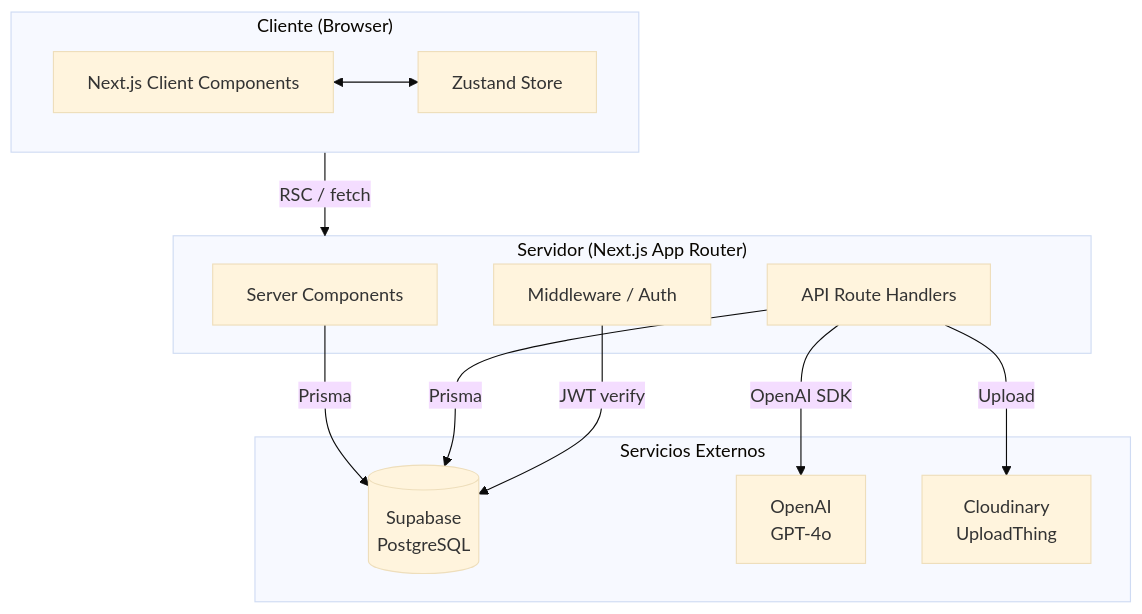
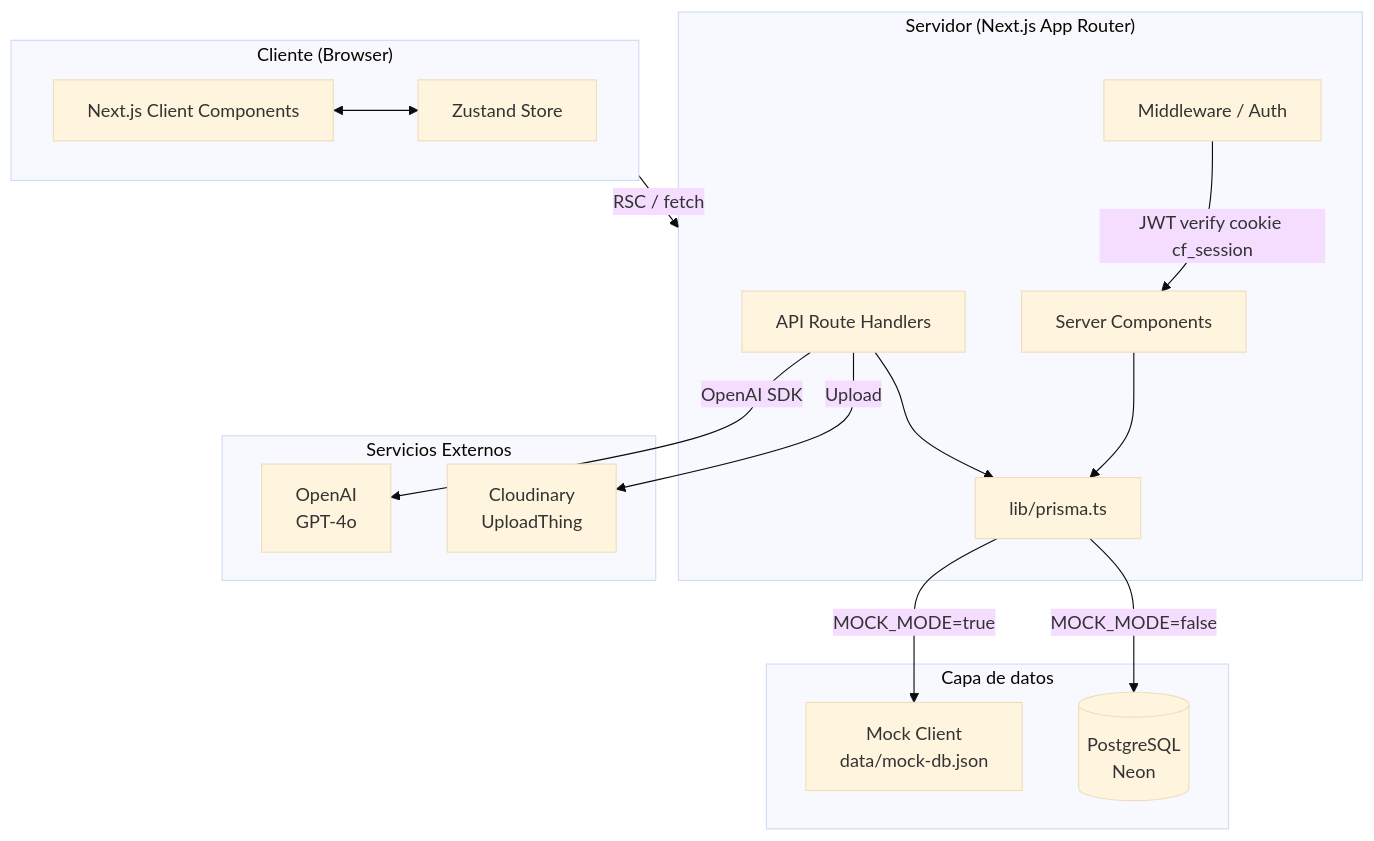
The first of 5 diagrams in .docs/02_tecnico.md (Xenov2030/campaign-forge), drawn with Mermaid (base theme) before and after one commit. The commit also changed other lines of this file, not shown here.

First line of the commit message:
docs(tecnico): corregir stack, auth y agregar mock layer al doc técnico

````diff
--- a/.docs/02_tecnico.md
+++ b/.docs/02_tecnico.md
@@ -32,27 +35,34 @@
 ```mermaid
 flowchart TD
     subgraph Client["Cliente (Browser)"]
         NC[Next.js Client Components]
         ZS[Zustand Store]
         NC <--> ZS
     end
 
     subgraph Server["Servidor (Next.js App Router)"]
         SC[Server Components]
         AR[API Route Handlers]
         MW[Middleware / Auth]
+        PTS[lib/prisma.ts]
+    end
+
+    subgraph DataLayer["Capa de datos"]
+        MOCK[Mock Client\ndata/mock-db.json]
+        REAL[(PostgreSQL\nNeon)]
     end
 
     subgraph External["Servicios Externos"]
-        SB[(Supabase\nPostgreSQL)]
         OAI[OpenAI\nGPT-4o]
         CDN[Cloudinary\nUploadThing]
     end
 
     Client -->|RSC / fetch| Server
-    SC -->|Prisma| SB
-    AR -->|Prisma| SB
+    SC --> PTS
+    AR --> PTS
+    PTS -->|MOCK_MODE=true| MOCK
+    PTS -->|MOCK_MODE=false| REAL
     AR -->|OpenAI SDK| OAI
     AR -->|Upload| CDN
-    MW -->|JWT verify| SB
+    MW -->|JWT verify cookie cf_session| SC
 ```
````
